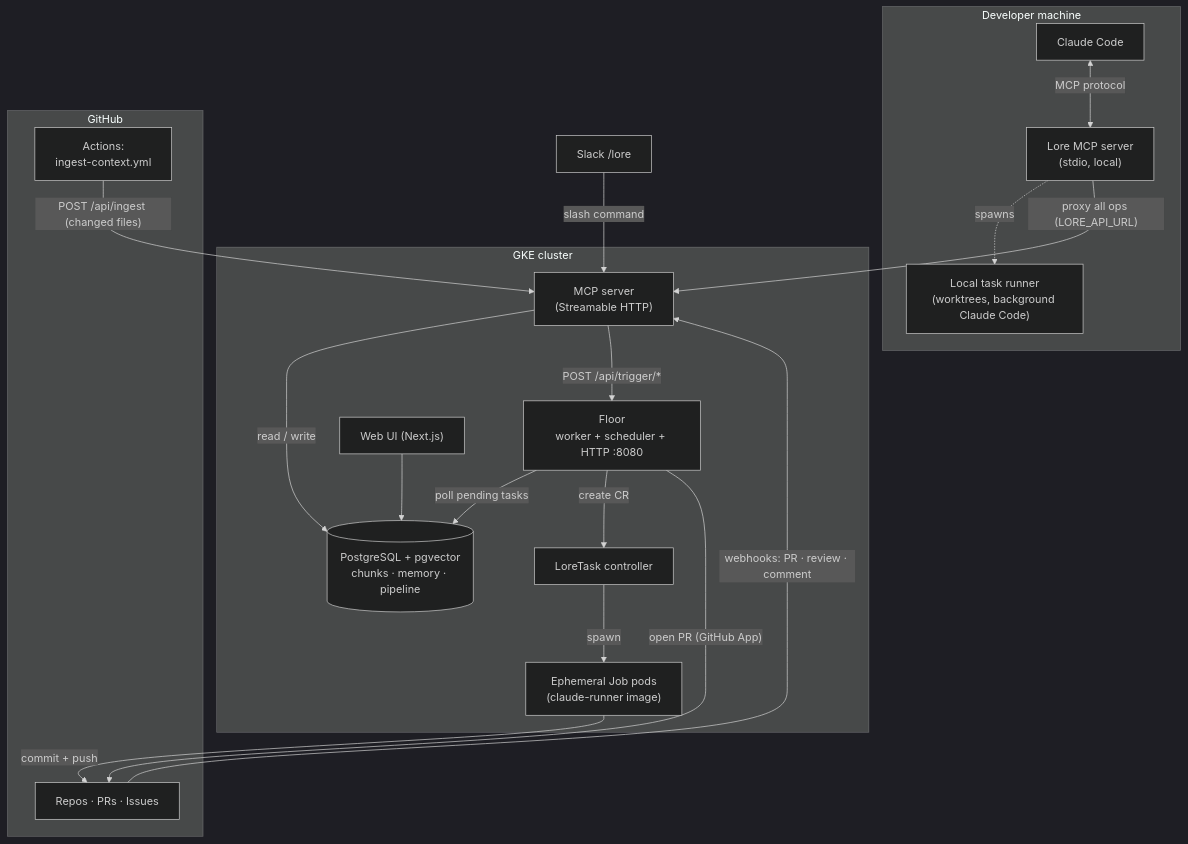
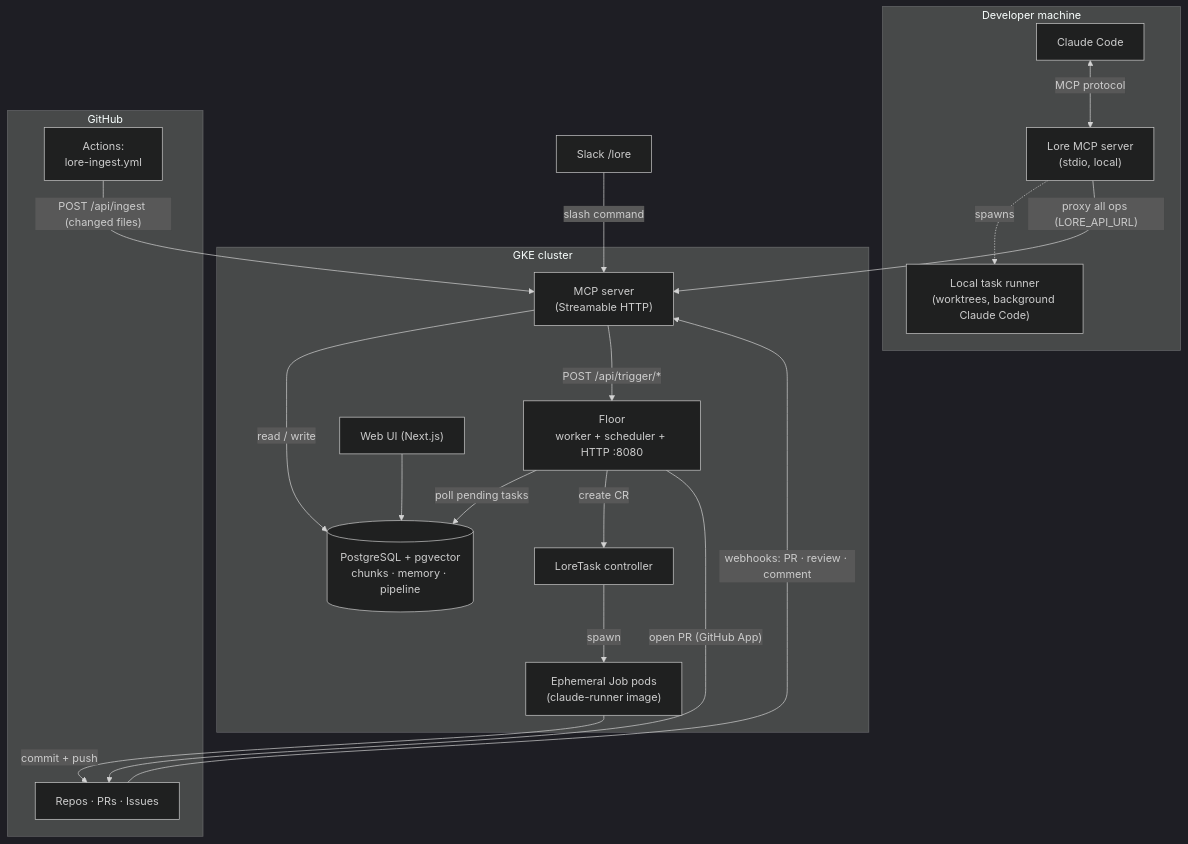
The first of 3 diagrams in docs/building-lore/architecture.md (re-cinq/lore), drawn with Mermaid (dark theme) before and after one commit. The commit also changed 3 other files, not shown here.

First line of the commit message:
fix(ci): rename ingest workflow to canonical lore-ingest.yml

````diff
--- a/docs/building-lore/architecture.md
+++ b/docs/building-lore/architecture.md
@@ -15,39 +15,39 @@
 ```mermaid
 flowchart TB
     subgraph local["Developer machine"]
         CC["Claude Code"]
         MCPL["Lore MCP server<br/>(stdio, local)"]
         LR["Local task runner<br/>(worktrees, background Claude Code)"]
         CC <-->|"MCP protocol"| MCPL
         MCPL -.->|"spawns"| LR
     end
 
     subgraph gke["GKE cluster"]
         MCP["MCP server<br/>(Streamable HTTP)"]
         AGENT["Floor<br/>worker + scheduler + HTTP :8080"]
         CTRL["LoreTask controller"]
         POD["Ephemeral Job pods<br/>(claude-runner image)"]
         UI["Web UI (Next.js)"]
         DB[("PostgreSQL + pgvector<br/>chunks · memory · pipeline")]
     end
 
     subgraph github["GitHub"]
         GH["Repos · PRs · Issues"]
-        GHA["Actions:<br/>ingest-context.yml"]
+        GHA["Actions:<br/>lore-ingest.yml"]
     end
 
     SLACK["Slack /lore"]
 
     MCPL -->|"proxy all ops (LORE_API_URL)"| MCP
     GHA -->|"POST /api/ingest (changed files)"| MCP
     GH -->|"webhooks: PR · review · comment"| MCP
     SLACK -->|"slash command"| MCP
     MCP -->|"read / write"| DB
     MCP -->|"POST /api/trigger/*"| AGENT
     UI --> DB
     AGENT -->|"poll pending tasks"| DB
     AGENT -->|"create CR"| CTRL
     CTRL -->|"spawn"| POD
     POD -->|"commit + push"| GH
     AGENT -->|"open PR (GitHub App)"| GH
 ```
````
